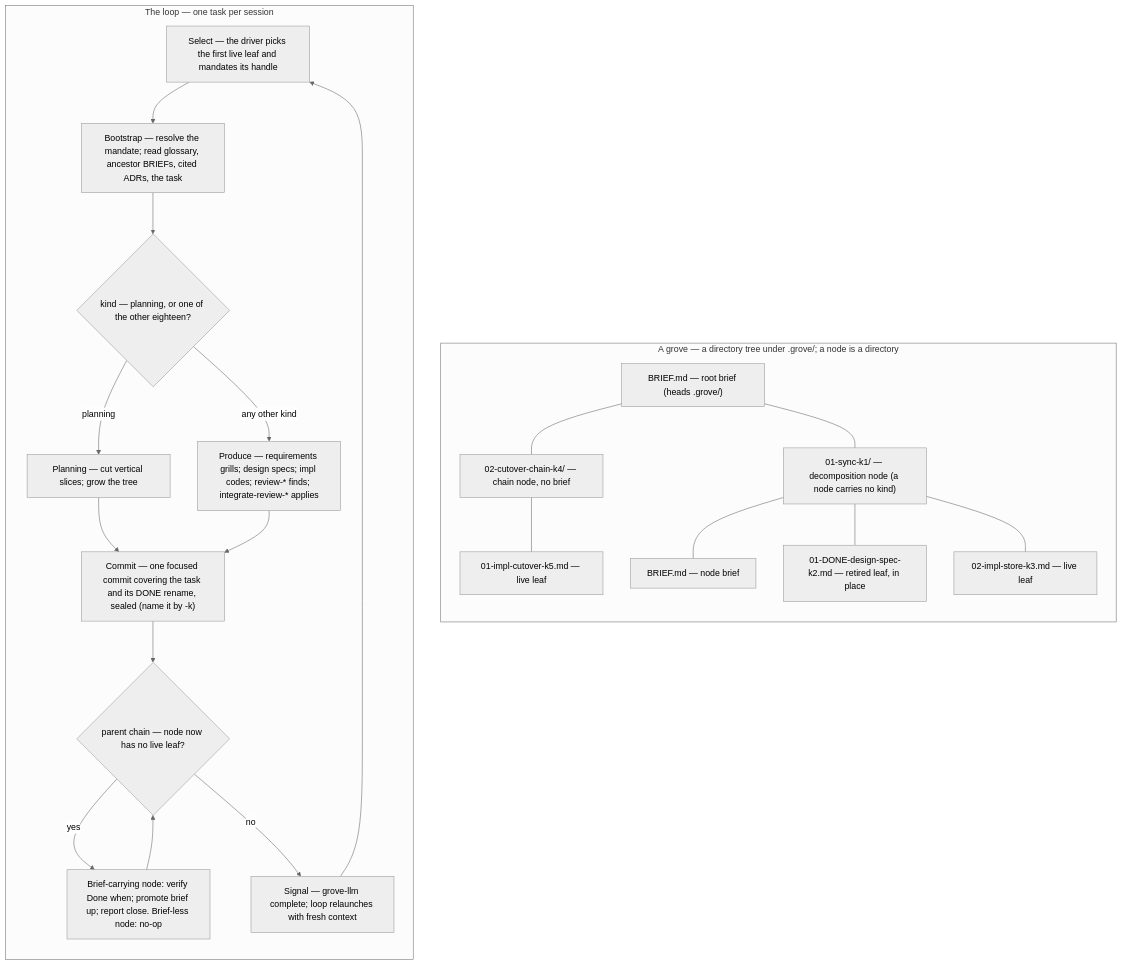
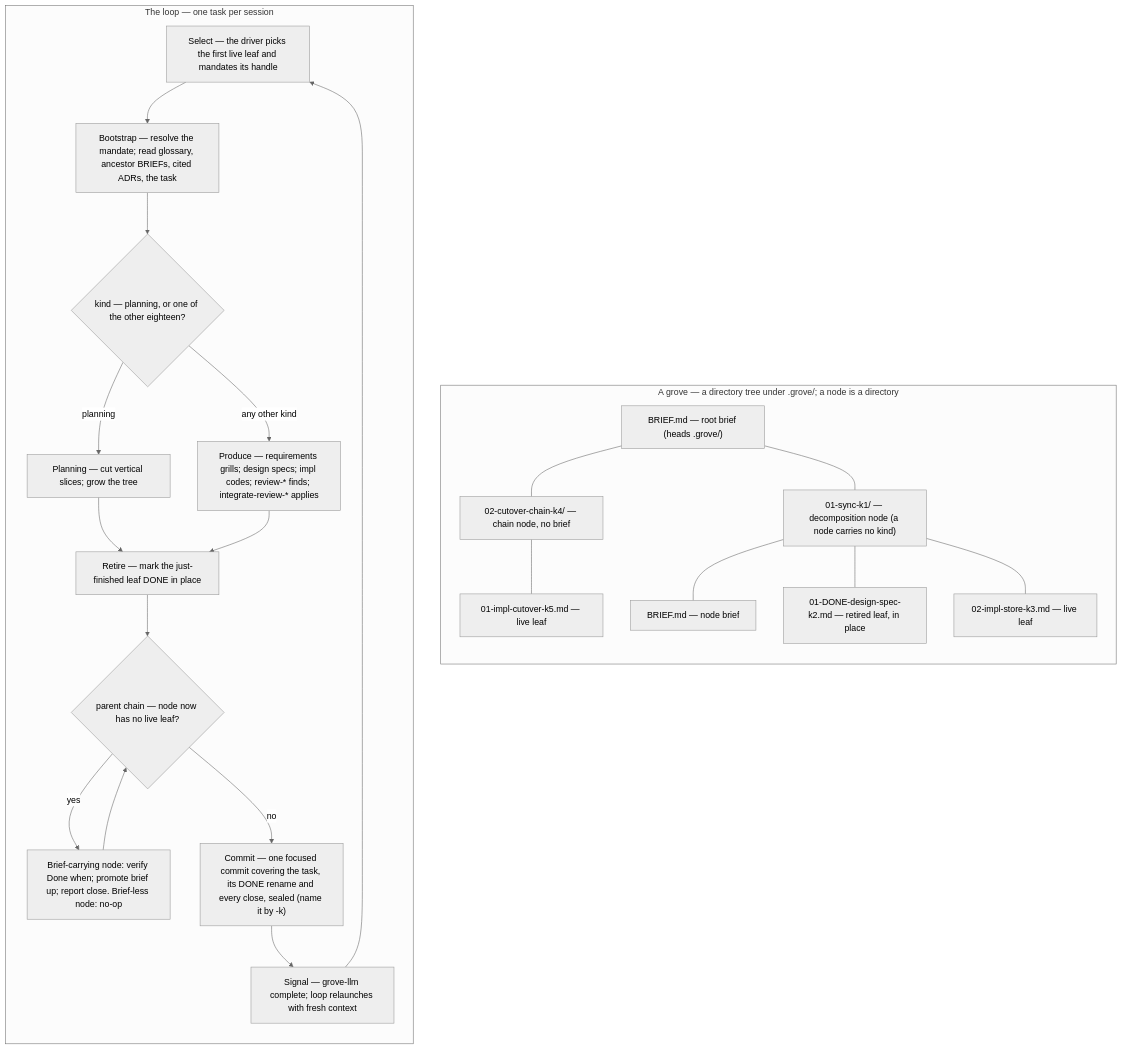
One commit to Linkuistics/grove changed the diagram in content/SKILL.md. Above: the diagram before and after it, drawn with Mermaid (neutral theme). The commit also changed other lines of this file and 6 other files, not shown here.

````diff
--- a/content/SKILL.md
+++ b/content/SKILL.md
@@ -13,37 +13,38 @@
 ```mermaid
 flowchart TD
   subgraph tree["A grove — a directory tree under .grove/; a node is a directory"]
     direction TB
     root["BRIEF.md — root brief (heads .grove/)"]
     n1["01-sync-k1/ — decomposition node (a node carries no kind)"]
     nb1["BRIEF.md — node brief"]
     l1["01-DONE-design-spec-k2.md — retired leaf, in place"]
     l2["02-impl-store-k3.md — live leaf"]
     n2["02-cutover-chain-k4/ — chain node, no brief"]
     c1["01-impl-cutover-k5.md — live leaf"]
     root --- n1
     root --- n2
     n2 --- c1
     n1 --- nb1
     n1 --- l1
     n1 --- l2
   end
   subgraph loop["The loop — one task per session"]
     direction TB
     pick["Select — the driver picks the first live leaf and mandates its handle"]
     boot["Bootstrap — resolve the mandate; read glossary, ancestor BRIEFs, cited ADRs, the task"]
     exec{"kind — planning, or one of the other eighteen?"}
     plan["Planning — cut vertical slices; grow the tree"]
     work["Produce — requirements grills; design specs; impl codes; review-* finds; integrate-review-* applies"]
-    commit["Commit — one focused commit covering the task and its DONE rename, sealed (name it by <slug>-k<key>)"]
+    done["Retire — mark the just-finished leaf DONE in place"]
     retire{"parent chain — node now has no live leaf?"}
     ret["Brief-carrying node: verify Done when; promote brief up; report close. Brief-less node: no-op"]
+    commit["Commit — one focused commit covering the task, its DONE rename and every close, sealed (name it by <slug>-k<key>)"]
     signal["Signal — grove-llm complete; loop relaunches with fresh context"]
     pick --> boot --> exec
-    exec -->|planning| plan --> commit
-    exec -->|any other kind| work --> commit
-    commit --> retire
+    exec -->|planning| plan --> done
+    exec -->|any other kind| work --> done
+    done --> retire
     retire -->|yes| ret --> retire
-    retire -->|no| signal --> pick
+    retire -->|no| commit --> signal --> pick
   end
 ```
````
